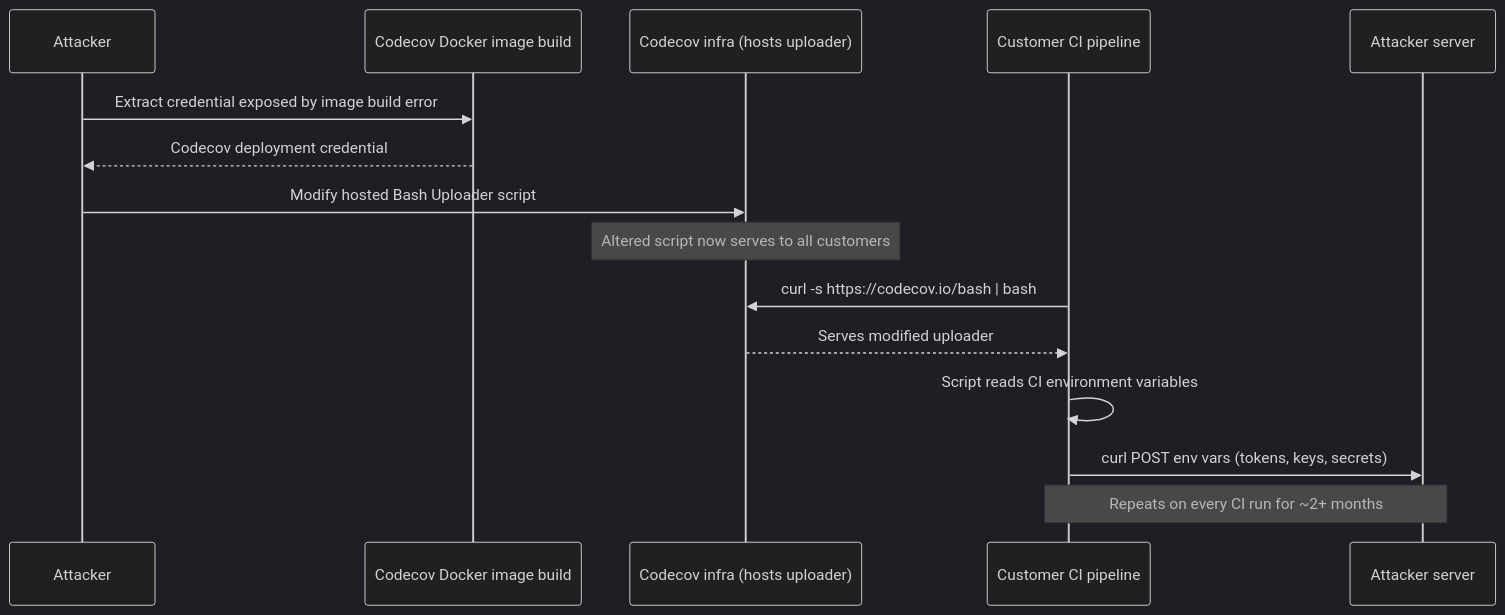
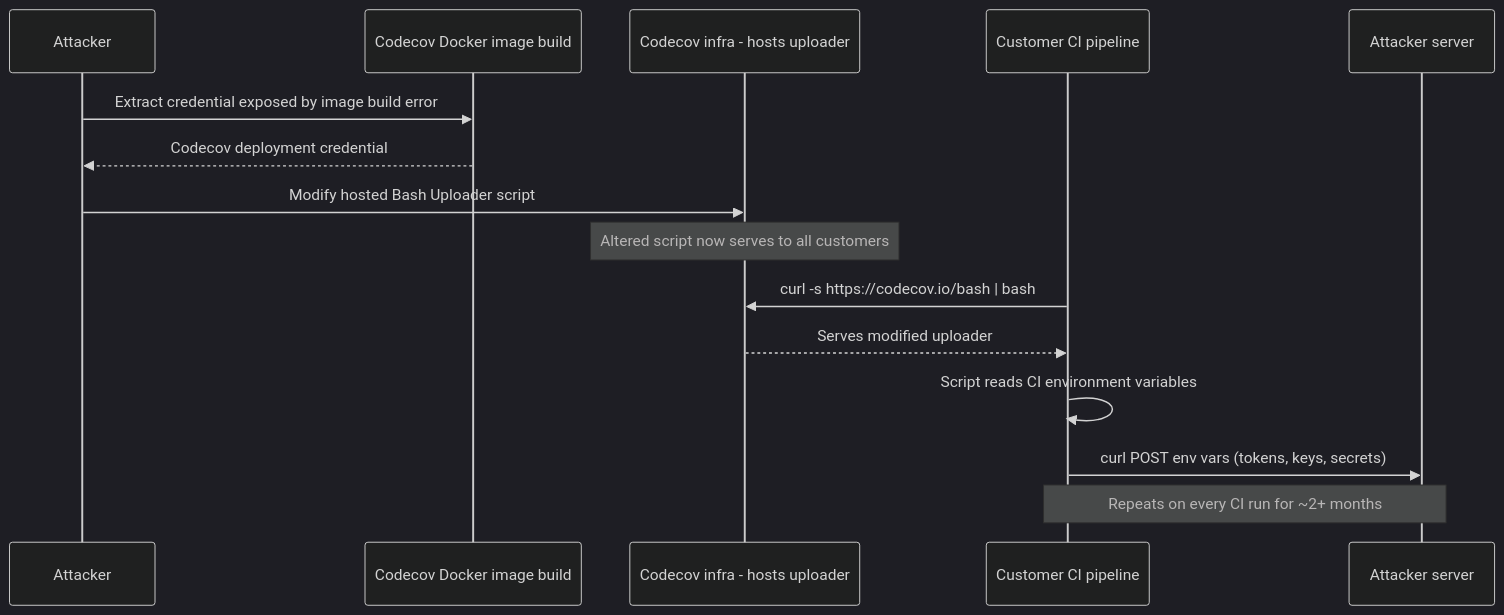
Before and after one commit to bumbsclaw/textbooks: the fourth of 5 diagrams in book-01-foundations/ch05-case-studies-xz-codecov-log4shell.md, drawn with Mermaid (dark theme). The commit also changed other lines of this file and 2 other files, not shown here.

````diff
--- a/book-01-foundations/ch05-case-studies-xz-codecov-log4shell.md
+++ b/book-01-foundations/ch05-case-studies-xz-codecov-log4shell.md
@@ -342,17 +342,17 @@
 ```mermaid
 sequenceDiagram
     participant Atk as Attacker
     participant Docker as Codecov Docker image build
-    participant CI as Codecov infra (hosts uploader)
+    participant CI as Codecov infra - hosts uploader
     participant Cust as Customer CI pipeline
     participant Exf as Attacker server
     Atk->>Docker: Extract credential exposed by image build error
     Docker-->>Atk: Codecov deployment credential
     Atk->>CI: Modify hosted Bash Uploader script
     Note over CI: Altered script now serves to all customers
     Cust->>CI: curl -s https://codecov.io/bash | bash
     CI-->>Cust: Serves modified uploader
     Cust->>Cust: Script reads CI environment variables
     Cust->>Exf: curl POST env vars (tokens, keys, secrets)
     Note over Cust,Exf: Repeats on every CI run for ~2+ months
 ```
````
